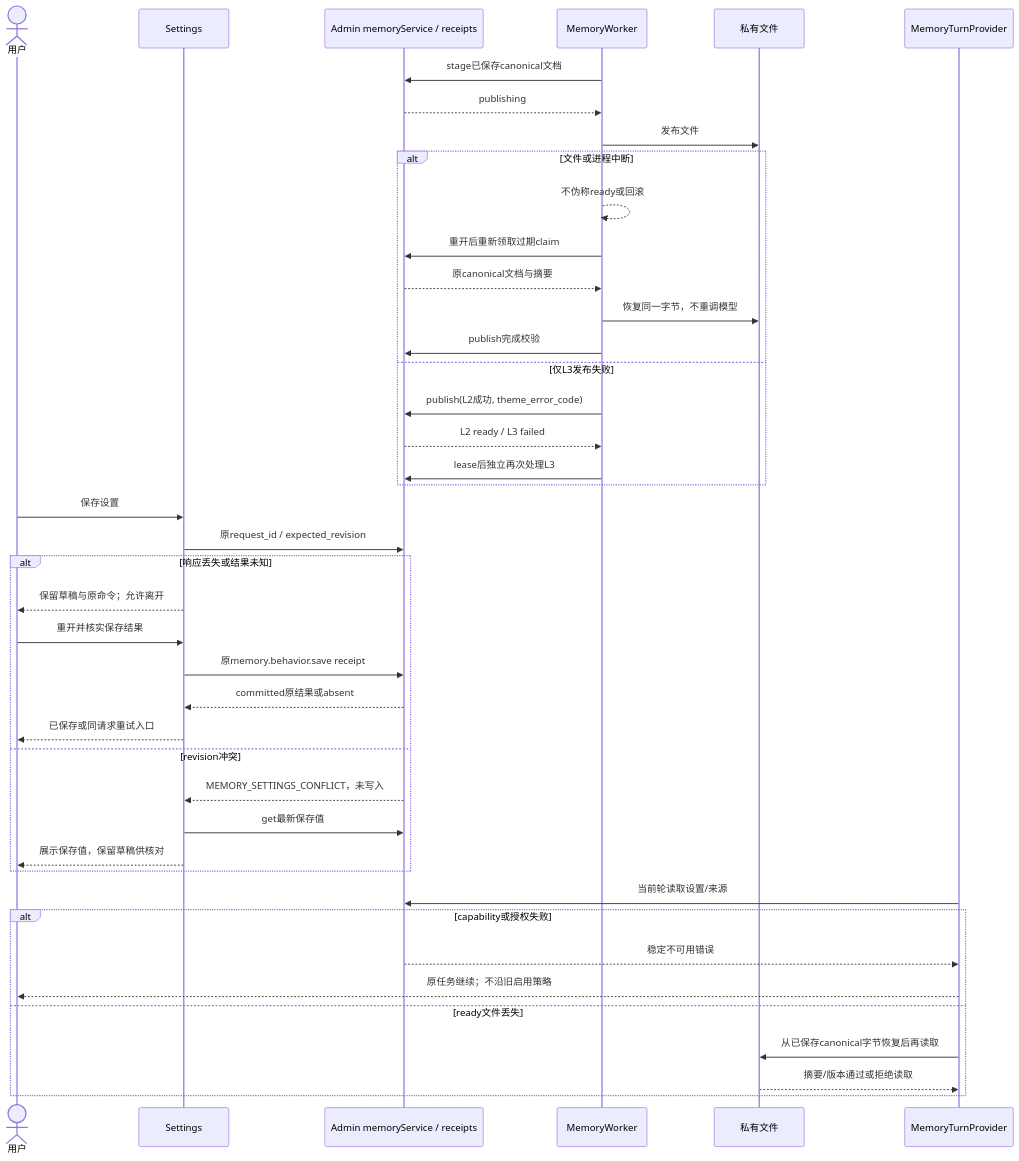
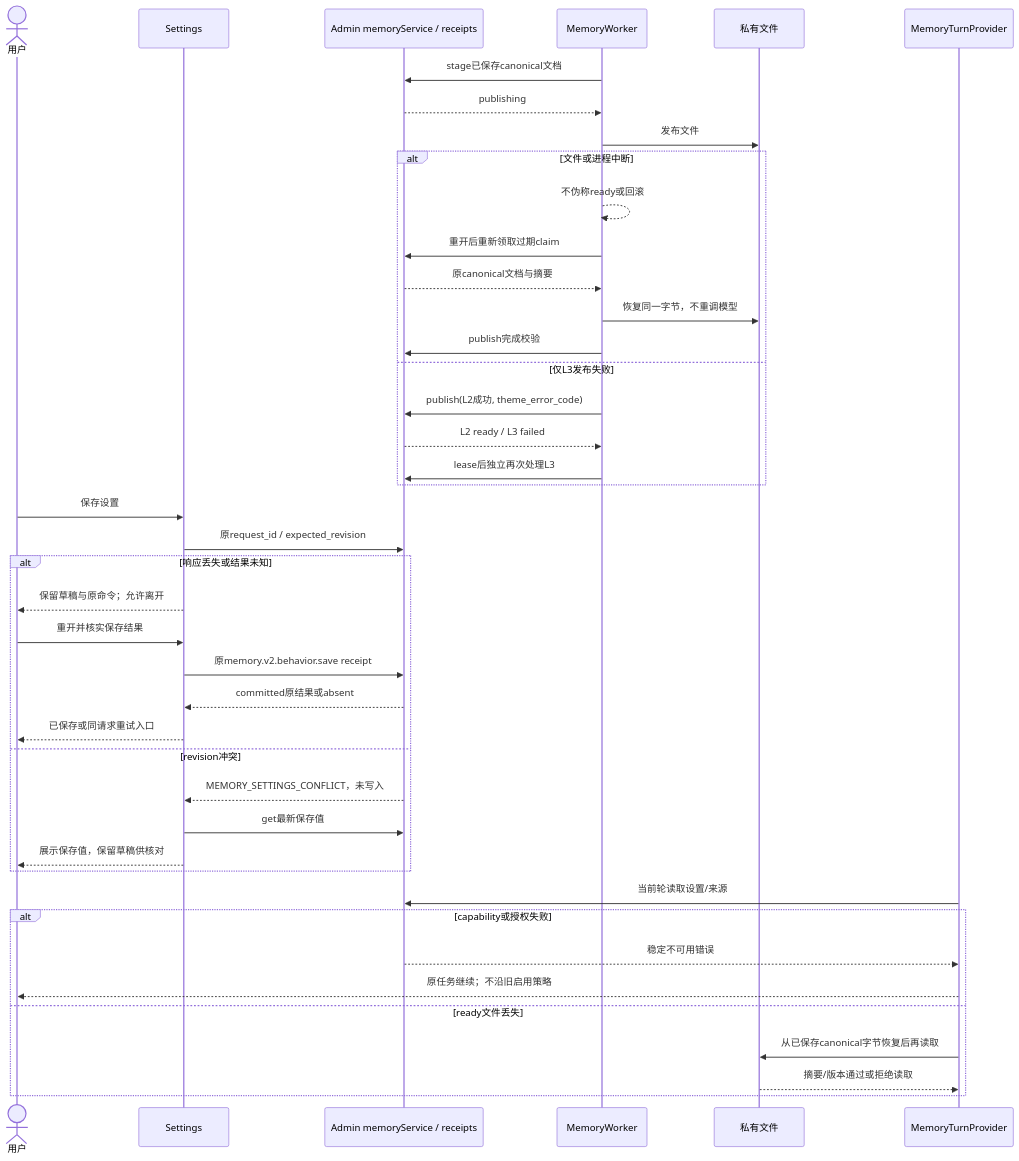
The second of 3 diagrams in docs/design/memory/reflections-agent-memory-interaction-design.md (glide-the/im-dream), drawn with Mermaid before and after one commit. The commit also changed other lines of this file and 16 other files, not shown here.

````diff
--- a/docs/design/memory/reflections-agent-memory-interaction-design.md
+++ b/docs/design/memory/reflections-agent-memory-interaction-design.md
@@ -176,44 +182,44 @@
 ```mermaid
 sequenceDiagram
     actor U as 用户
     participant S as Settings
     participant A as Admin memoryService / receipts
     participant W as MemoryWorker
     participant F as 私有文件
     participant H as MemoryTurnProvider
     W->>A: stage已保存canonical文档
     A-->>W: publishing
     W->>F: 发布文件
     alt 文件或进程中断
         W-->>W: 不伪称ready或回滚
         W->>A: 重开后重新领取过期claim
         A-->>W: 原canonical文档与摘要
         W->>F: 恢复同一字节，不重调模型
         W->>A: publish完成校验
     else 仅L3发布失败
         W->>A: publish(L2成功, theme_error_code)
         A-->>W: L2 ready / L3 failed
         W->>A: lease后独立再次处理L3
     end
     U->>S: 保存设置
     S->>A: 原request_id / expected_revision
     alt 响应丢失或结果未知
         S-->>U: 保留草稿与原命令；允许离开
         U->>S: 重开并核实保存结果
-        S->>A: 原memory.behavior.save receipt
+        S->>A: 原memory.v2.behavior.save receipt
         A-->>S: committed原结果或absent
         S-->>U: 已保存或同请求重试入口
     else revision冲突
         A-->>S: MEMORY_SETTINGS_CONFLICT，未写入
         S->>A: get最新保存值
         S-->>U: 展示保存值，保留草稿供核对
     end
     H->>A: 当前轮读取设置/来源
     alt capability或授权失败
         A-->>H: 稳定不可用错误
         H-->>U: 原任务继续；不沿旧启用策略
     else ready文件丢失
         H->>F: 从已保存canonical字节恢复后再读取
         F-->>H: 摘要/版本通过或拒绝读取
     end
 ```
````
